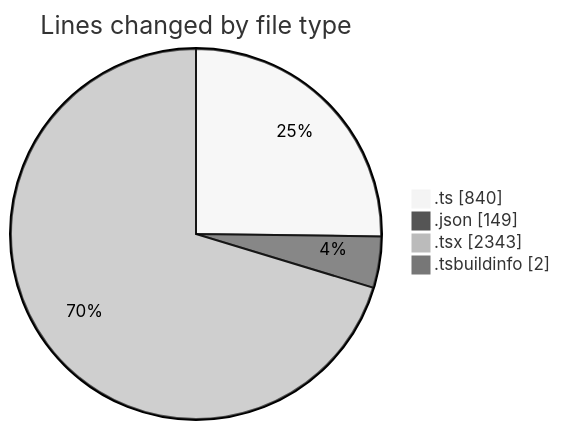
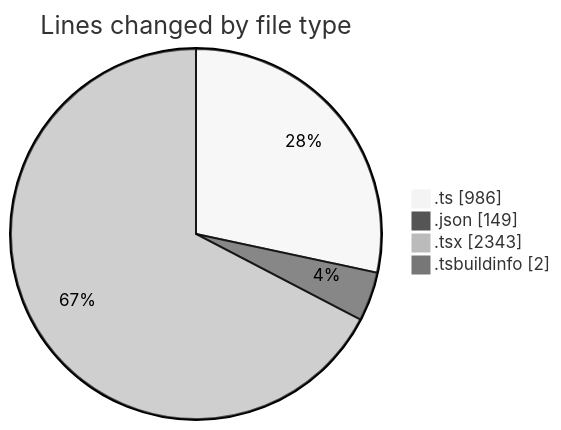
One commit to robertbonfada/code-tracking changed the first of 2 diagrams in 2025-02-20/mbc-web/README.md. Above: the diagram before and after it, drawn with Mermaid (neutral theme). The commit also changed other lines of this file and 1 other file, not shown here.

````diff
--- a/2025-02-20/mbc-web/README.md
+++ b/2025-02-20/mbc-web/README.md
@@ -42,8 +44,8 @@
 ```mermaid
 pie showData
 title Lines changed by file type
-".ts" : 840
+".ts" : 986
 ".json" : 149
 ".tsx" : 2343
 ".tsbuildinfo" : 2
 ```
````
